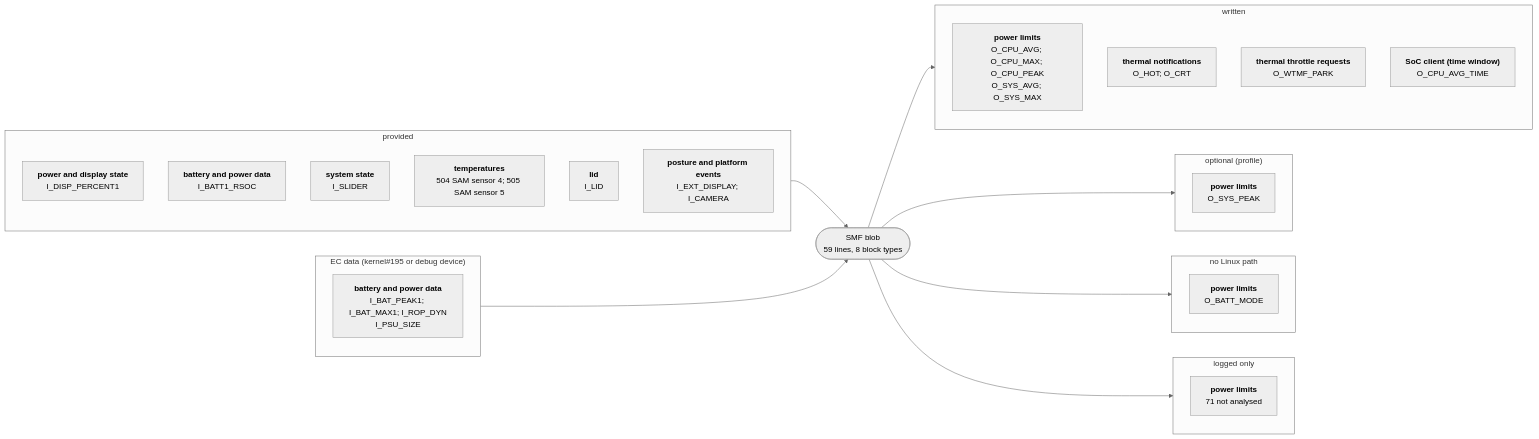
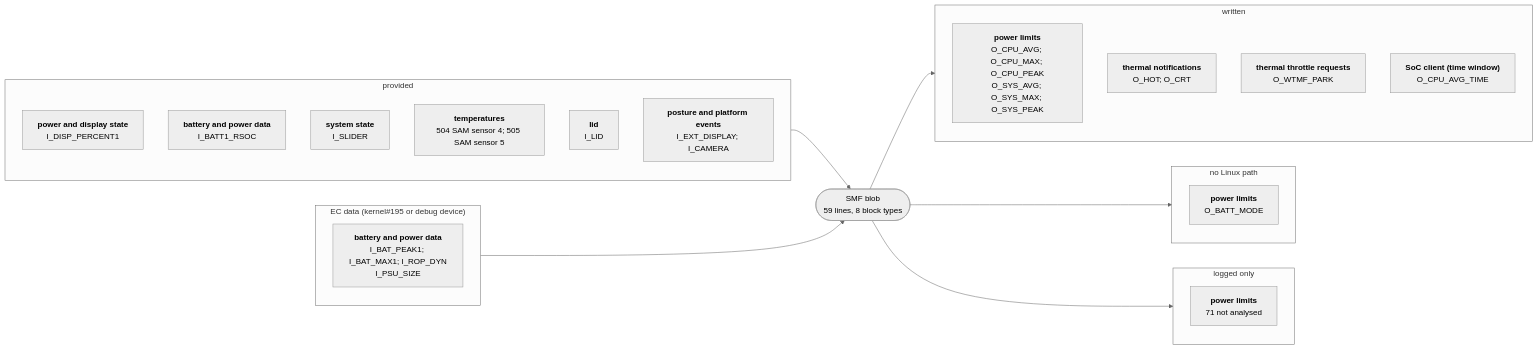
The diagram in docs/devices/surface-go-3.md (larsschellhas/linux-surface-power), drawn with Mermaid (neutral theme) before and after one commit. The commit also changed other lines of this file and 50 other files, not shown here.

````diff
--- a/docs/devices/surface-go-3.md
+++ b/docs/devices/surface-go-3.md
@@ -19,36 +19,32 @@
 ```mermaid
 flowchart LR
     subgraph IN0["provided"]
         I0_1FB53D4C["<b>power and display state</b><br/>I_DISP_PERCENT1"]
         I0_28B7BD85["<b>battery and power data</b><br/>I_BATT1_RSOC"]
         I0_2DD6960F["<b>system state</b><br/>I_SLIDER"]
         I0_2E8B14C2["<b>temperatures</b><br/>504 SAM sensor 4; 505 SAM sensor 5"]
         I0_5D0EE597["<b>lid</b><br/>I_LID"]
         I0_8060B17F["<b>posture and platform events</b><br/>I_EXT_DISPLAY; I_CAMERA"]
     end
     IN0 --> B
     subgraph IN1["EC data (kernel#195 or debug device)"]
         I1_28B7BD85["<b>battery and power data</b><br/>I_BAT_PEAK1; I_BAT_MAX1; I_ROP_DYN<br/>I_PSU_SIZE"]
     end
     IN1 --> B
     B(["SMF blob<br/>59 lines, 8 block types"])
     subgraph OUT0["written"]
-        O0_0B7B5350["<b>power limits</b><br/>O_CPU_AVG; O_CPU_MAX; O_CPU_PEAK<br/>O_SYS_AVG; O_SYS_MAX"]
+        O0_0B7B5350["<b>power limits</b><br/>O_CPU_AVG; O_CPU_MAX; O_CPU_PEAK<br/>O_SYS_AVG; O_SYS_MAX; O_SYS_PEAK"]
         O0_110DF2A4["<b>thermal notifications</b><br/>O_HOT; O_CRT"]
         O0_9BBB8910["<b>thermal throttle requests</b><br/>O_WTMF_PARK"]
         O0_CF2F6076["<b>SoC client (time window)</b><br/>O_CPU_AVG_TIME"]
     end
     B --> OUT0
-    subgraph OUT1["optional (profile)"]
-        O1_0B7B5350["<b>power limits</b><br/>O_SYS_PEAK"]
+    subgraph OUT1["no Linux path"]
+        O1_0B7B5350["<b>power limits</b><br/>O_BATT_MODE"]
     end
     B --> OUT1
-    subgraph OUT2["no Linux path"]
-        O2_0B7B5350["<b>power limits</b><br/>O_BATT_MODE"]
+    subgraph OUT2["logged only"]
+        O2_0B7B5350["<b>power limits</b><br/>71 not analysed"]
     end
     B --> OUT2
-    subgraph OUT3["logged only"]
-        O3_0B7B5350["<b>power limits</b><br/>71 not analysed"]
-    end
-    B --> OUT3
 ```
````
